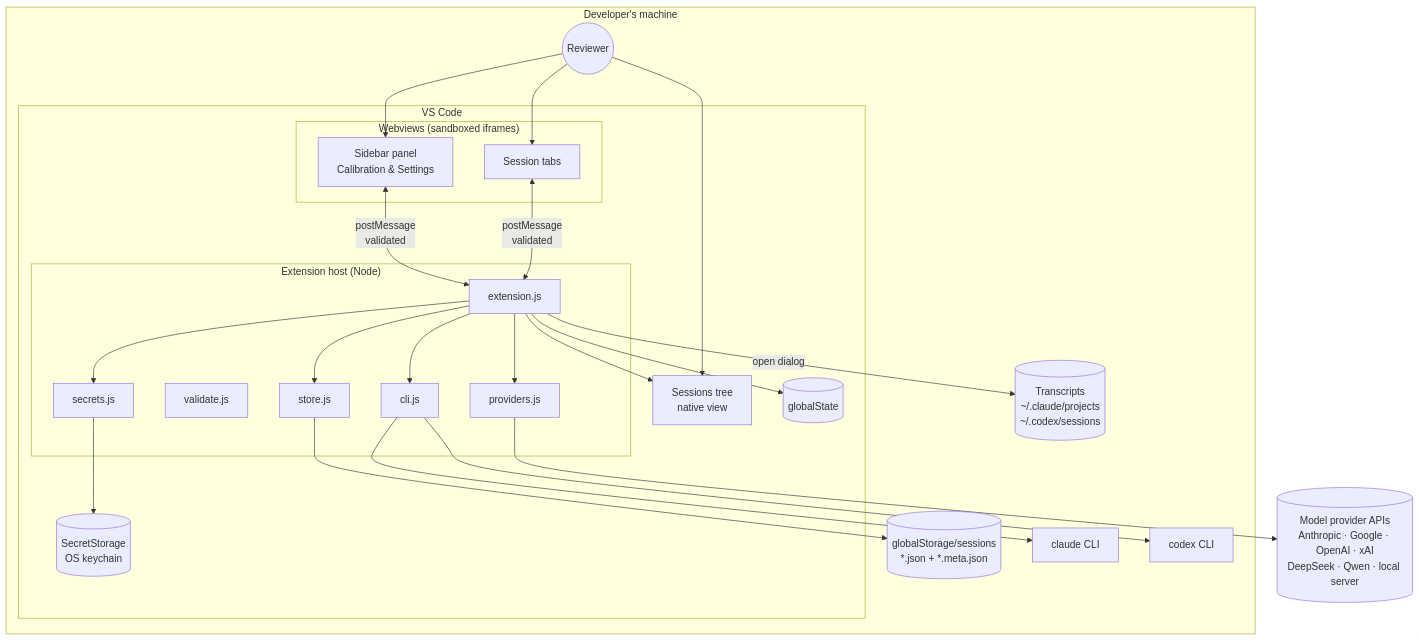
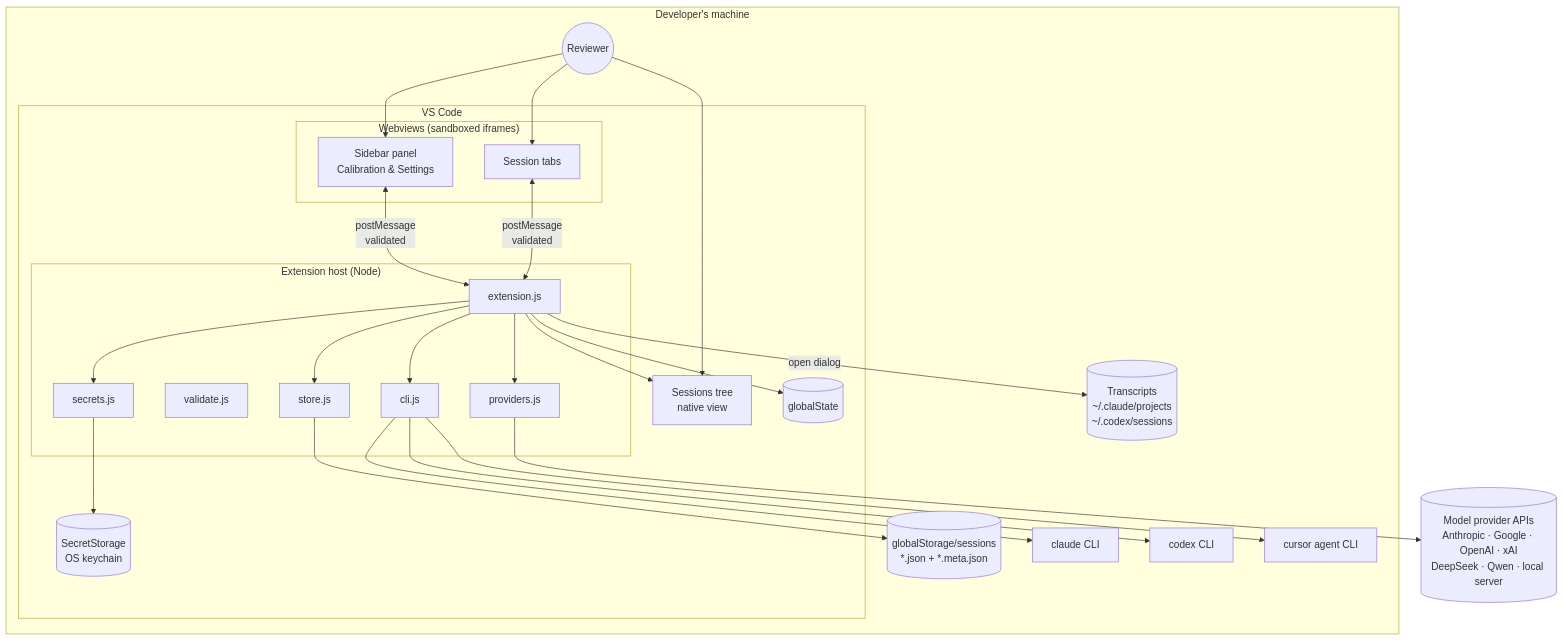
Before and after one commit to nikolaylosev/sessionlens-vscode: the second of 13 diagrams in docs/ARCHITECTURE.md, drawn with Mermaid. The commit also changed other lines of this file and 24 other files, not shown here.

````diff
--- a/docs/ARCHITECTURE.md
+++ b/docs/ARCHITECTURE.md
@@ -56,38 +56,39 @@
 ```mermaid
 flowchart TB
   subgraph User["Developer's machine"]
     U((Reviewer))
     subgraph VSC["VS Code"]
       subgraph Host["Extension host (Node)"]
         EXT[extension.js]
         STORE[store.js]
         VAL[validate.js]
         SEC[secrets.js]
         PROV[providers.js]
         CLI[cli.js]
       end
       subgraph UI["Webviews (sandboxed iframes)"]
         SIDE[Sidebar panel<br/>Calibration & Settings]
         TAB[Session tabs]
       end
       TREE[Sessions tree<br/>native view]
       KEY[(SecretStorage<br/>OS keychain)]
       GS[(globalState)]
     end
     FILES[(globalStorage/sessions<br/>*.json + *.meta.json)]
     TR[(Transcripts<br/>~/.claude/projects<br/>~/.codex/sessions)]
     CC[claude CLI]
     CX[codex CLI]
+    CU[cursor agent CLI]
   end
   API[(Model provider APIs<br/>Anthropic · Google · OpenAI · xAI<br/>DeepSeek · Qwen · local server)]
 
   U --> SIDE & TAB & TREE
   SIDE & TAB <-->|postMessage<br/>validated| EXT
   EXT --> STORE --> FILES
   EXT --> SEC --> KEY
   EXT --> GS
   EXT --> PROV --> API
-  EXT --> CLI --> CC & CX
+  EXT --> CLI --> CC & CX & CU
   EXT -->|open dialog| TR
   EXT --> TREE
 ```
````
